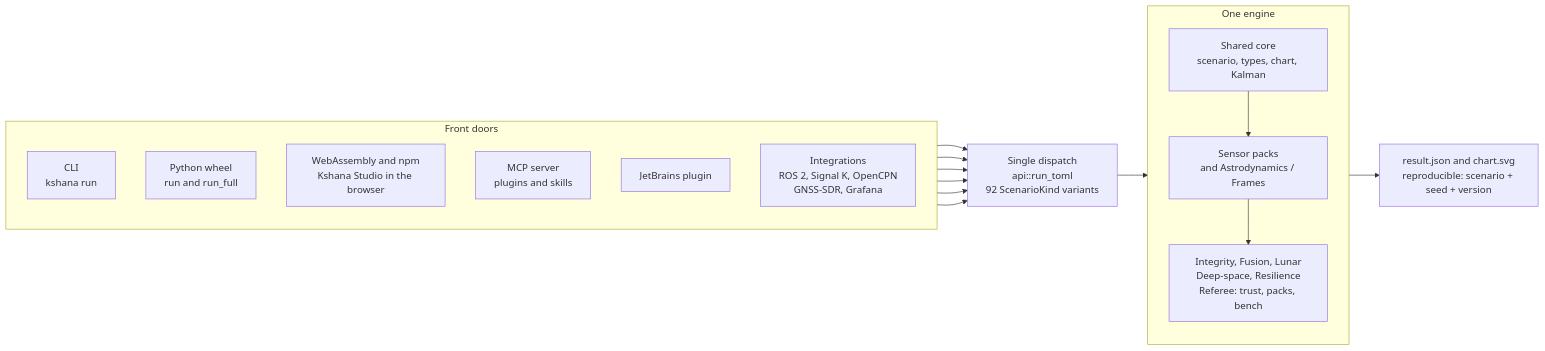
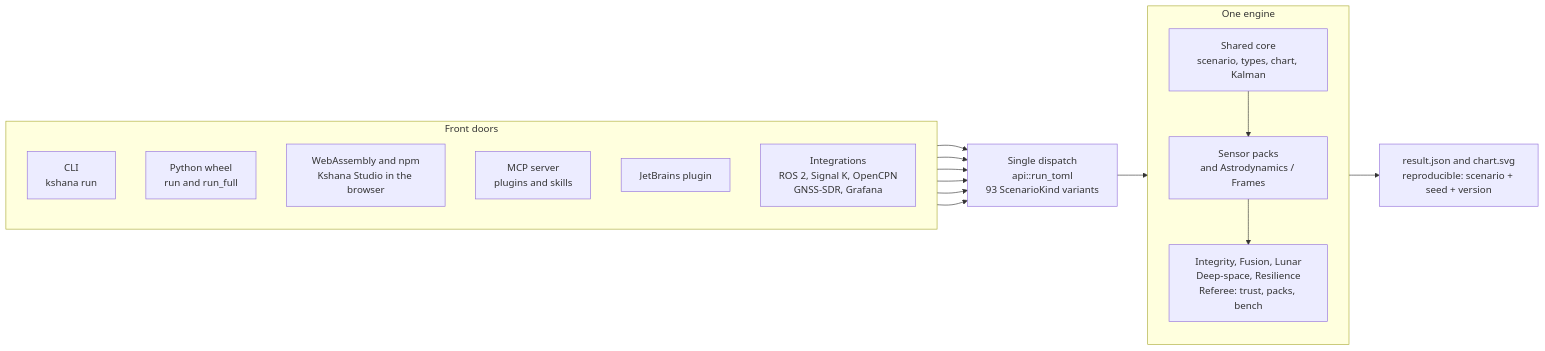
Before and after one commit to ashfordeOU/kshana: the diagram in docs/diagrams/system-overview.mmd, drawn with Mermaid. The commit also changed 27 other files, not shown here.

First line of the commit message:
tip-and-cue kind: generated surfaces for 93 kinds (kind catalogue, kinds index and family page, README blocks, SCENARIOS.md, field-units schema, INTEROP table) and the hand-kept counts and re-rendered diagrams

```diff
--- a/docs/diagrams/system-overview.mmd
+++ b/docs/diagrams/system-overview.mmd
@@ -1,33 +1,33 @@
 flowchart LR
     subgraph DOORS[Front doors]
         direction TB
         CLI[CLI<br/>kshana run]
         PY[Python wheel<br/>run and run_full]
         WASM[WebAssembly and npm<br/>Kshana Studio in the browser]
         MCP[MCP server<br/>plugins and skills]
         IDE[JetBrains plugin]
         INT[Integrations<br/>ROS 2, Signal K, OpenCPN<br/>GNSS-SDR, Grafana]
     end
 
-    DISPATCH[Single dispatch<br/>api::run_toml<br/>92 ScenarioKind variants]
+    DISPATCH[Single dispatch<br/>api::run_toml<br/>93 ScenarioKind variants]
 
     subgraph ENGINE[One engine]
         direction TB
         CORE[Shared core<br/>scenario, types, chart, Kalman]
         PACKS[Sensor packs<br/>and Astrodynamics / Frames]
         DOMAIN[Integrity, Fusion, Lunar<br/>Deep-space, Resilience<br/>Referee: trust, packs, bench]
         CORE --> PACKS
         PACKS --> DOMAIN
     end
 
     OUT[result.json and chart.svg<br/>reproducible: scenario + seed + version]
 
     CLI --> DISPATCH
     PY --> DISPATCH
     WASM --> DISPATCH
     MCP --> DISPATCH
     IDE --> DISPATCH
     INT --> DISPATCH
 
     DISPATCH --> ENGINE
     ENGINE --> OUT
```
